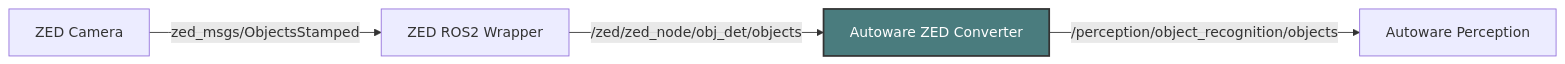
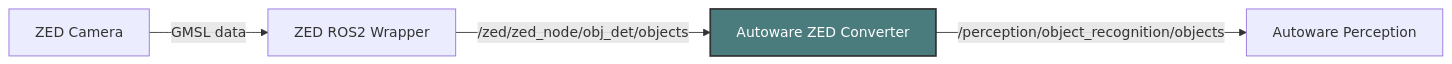
The first of 2 diagrams in README.md (NEWSLabNTU/autoware_zed), drawn with Mermaid before and after one commit. The commit also changed other lines of this file, not shown here.

Commit message:
Correct an typo in architecture graph in README.md

````diff
--- a/README.md
+++ b/README.md
@@ -12,8 +12,8 @@
 ```mermaid
 graph LR
-    A[ZED Camera] -->|zed_msgs/ObjectsStamped| B[ZED ROS2 Wrapper]
+    A[ZED Camera] -->|GMSL data| B[ZED ROS2 Wrapper]
     B -->|/zed/zed_node/obj_det/objects| C[Autoware ZED Converter]
     C -->|/perception/object_recognition/objects| D[Autoware Perception]
 
     style C fill:#4a7c7e,stroke:#333,stroke-width:2px,color:#fff
 ```
````
